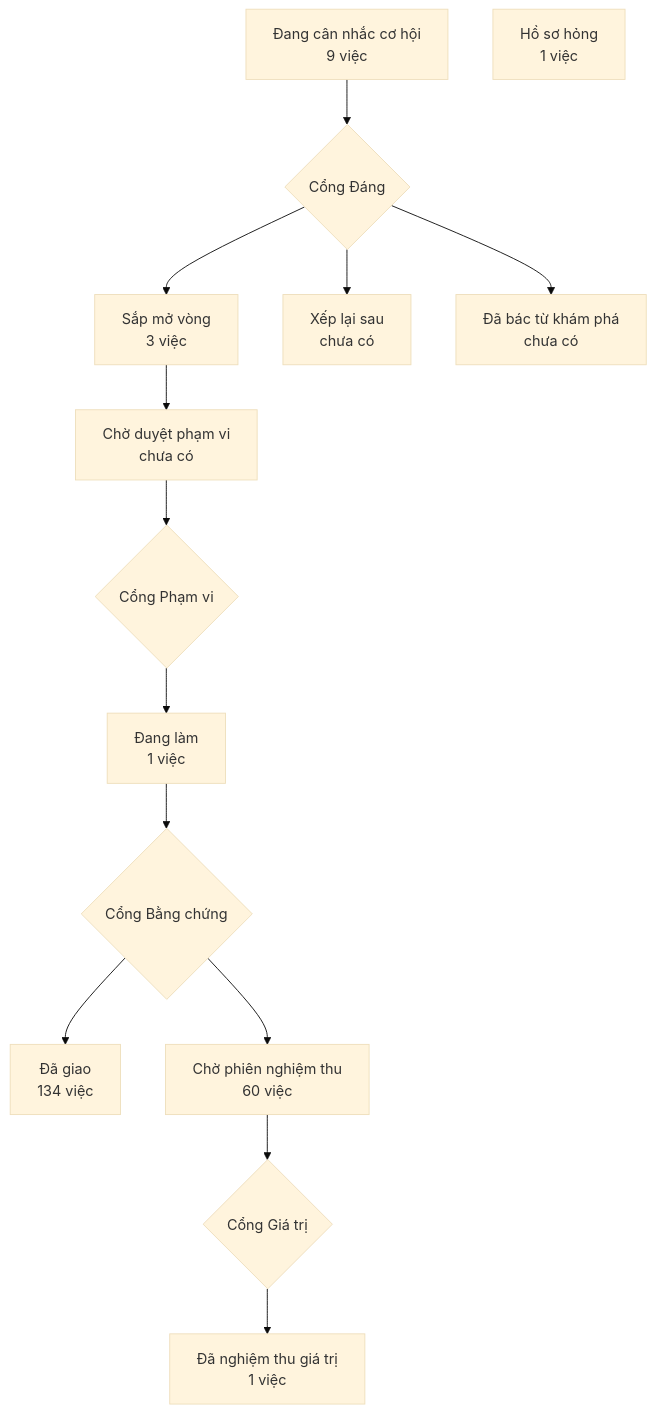
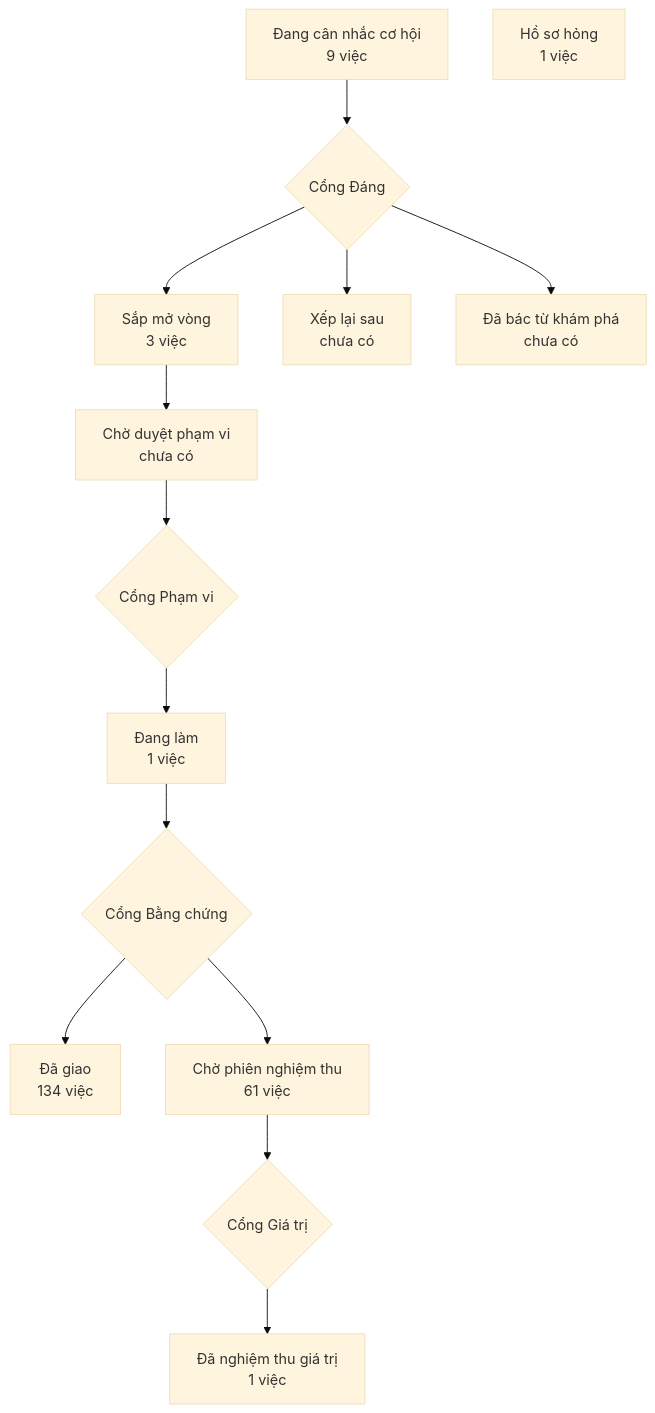
Before and after one commit to phanlemanh/crm-onehub: the diagram in PRODUCT-MAP.md, drawn with Mermaid (base theme). The commit also changed 1 other file, not shown here.

Commit message:
chore: vẽ lại bản đồ sản phẩm từ bản sạch sau gộp onehub c2e98dda

````diff
--- a/PRODUCT-MAP.md
+++ b/PRODUCT-MAP.md
@@ -7,13 +7,13 @@
 ```mermaid
 flowchart TD
   A["Đang cân nhắc cơ hội<br/>9 việc"] --> GD{"Cổng Đáng"}
   GD --> B["Sắp mở vòng<br/>3 việc"]
   GD --> XL["Xếp lại sau<br/>chưa có"]
   GD --> DB["Đã bác từ khám phá<br/>chưa có"]
   B --> CD["Chờ duyệt phạm vi<br/>chưa có"] --> GP{"Cổng Phạm vi"}
   GP --> DL["Đang làm<br/>1 việc"] --> GB{"Cổng Bằng chứng"}
   GB --> DG["Đã giao<br/>134 việc"]
-  GB --> CN["Chờ phiên nghiệm thu<br/>60 việc"] --> GG{"Cổng Giá trị"}
+  GB --> CN["Chờ phiên nghiệm thu<br/>61 việc"] --> GG{"Cổng Giá trị"}
   GG --> NT["Đã nghiệm thu giá trị<br/>1 việc"]
   HS["Hồ sơ hỏng<br/>1 việc"]
 ```
````
